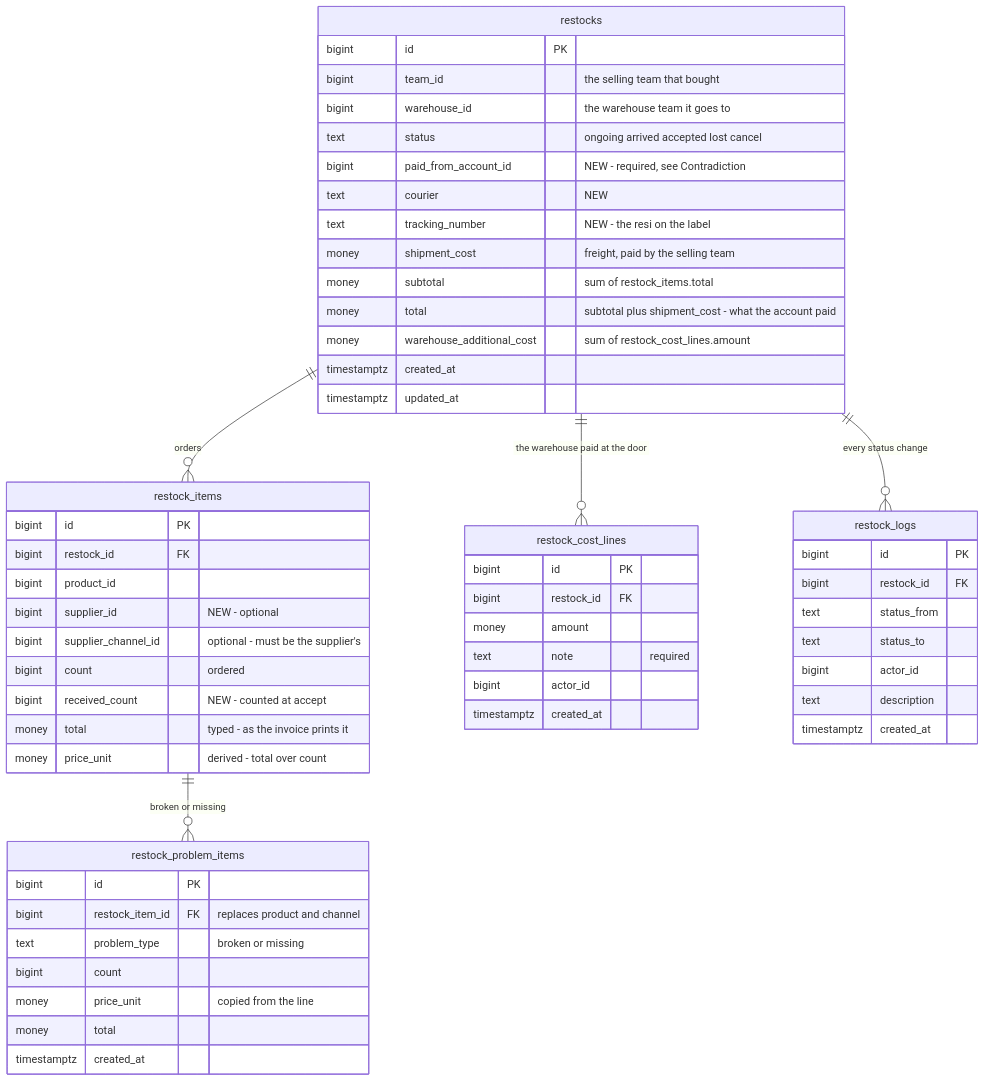
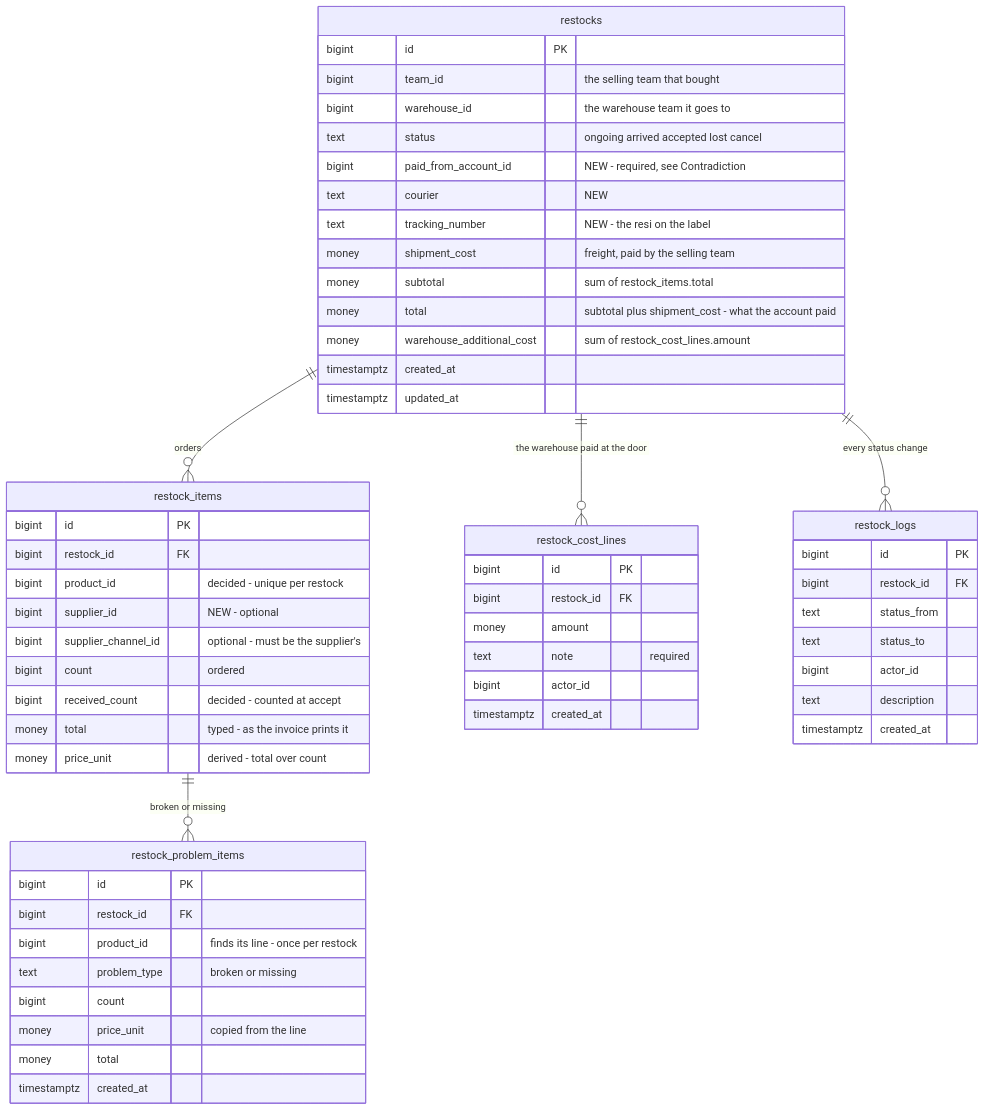
The second of 6 diagrams in docs/business/inventory/restock_clarify.md (pdcgo/warehouse_revamp), drawn with Mermaid before and after one commit. The commit also changed other lines of this file and 10 other files, not shown here.

````diff
--- a/docs/business/inventory/restock_clarify.md
+++ b/docs/business/inventory/restock_clarify.md
@@ -187,59 +180,60 @@
 ```mermaid
 erDiagram
   restocks ||--o{ restock_items : "orders"
   restocks ||--o{ restock_cost_lines : "the warehouse paid at the door"
   restocks ||--o{ restock_logs : "every status change"
   restock_items ||--o{ restock_problem_items : "broken or missing"
   restocks {
     bigint id PK
     bigint team_id "the selling team that bought"
     bigint warehouse_id "the warehouse team it goes to"
     text status "ongoing arrived accepted lost cancel"
     bigint paid_from_account_id "NEW - required, see Contradiction"
     text courier "NEW"
     text tracking_number "NEW - the resi on the label"
     money shipment_cost "freight, paid by the selling team"
     money subtotal "sum of restock_items.total"
     money total "subtotal plus shipment_cost - what the account paid"
     money warehouse_additional_cost "sum of restock_cost_lines.amount"
     timestamptz created_at
     timestamptz updated_at
   }
   restock_items {
     bigint id PK
     bigint restock_id FK
-    bigint product_id
+    bigint product_id "decided - unique per restock"
     bigint supplier_id "NEW - optional"
     bigint supplier_channel_id "optional - must be the supplier's"
     bigint count "ordered"
-    bigint received_count "NEW - counted at accept"
+    bigint received_count "decided - counted at accept"
     money total "typed - as the invoice prints it"
     money price_unit "derived - total over count"
   }
   restock_problem_items {
     bigint id PK
-    bigint restock_item_id FK "replaces product and channel"
+    bigint restock_id FK
+    bigint product_id "finds its line - once per restock"
     text problem_type "broken or missing"
     bigint count
     money price_unit "copied from the line"
     money total
     timestamptz created_at
   }
   restock_cost_lines {
     bigint id PK
     bigint restock_id FK
     money amount
     text note "required"
     bigint actor_id
     timestamptz created_at
   }
   restock_logs {
     bigint id PK
     bigint restock_id FK
     text status_from
     text status_to
     bigint actor_id
     text description
     timestamptz created_at
   }
 ```
````
